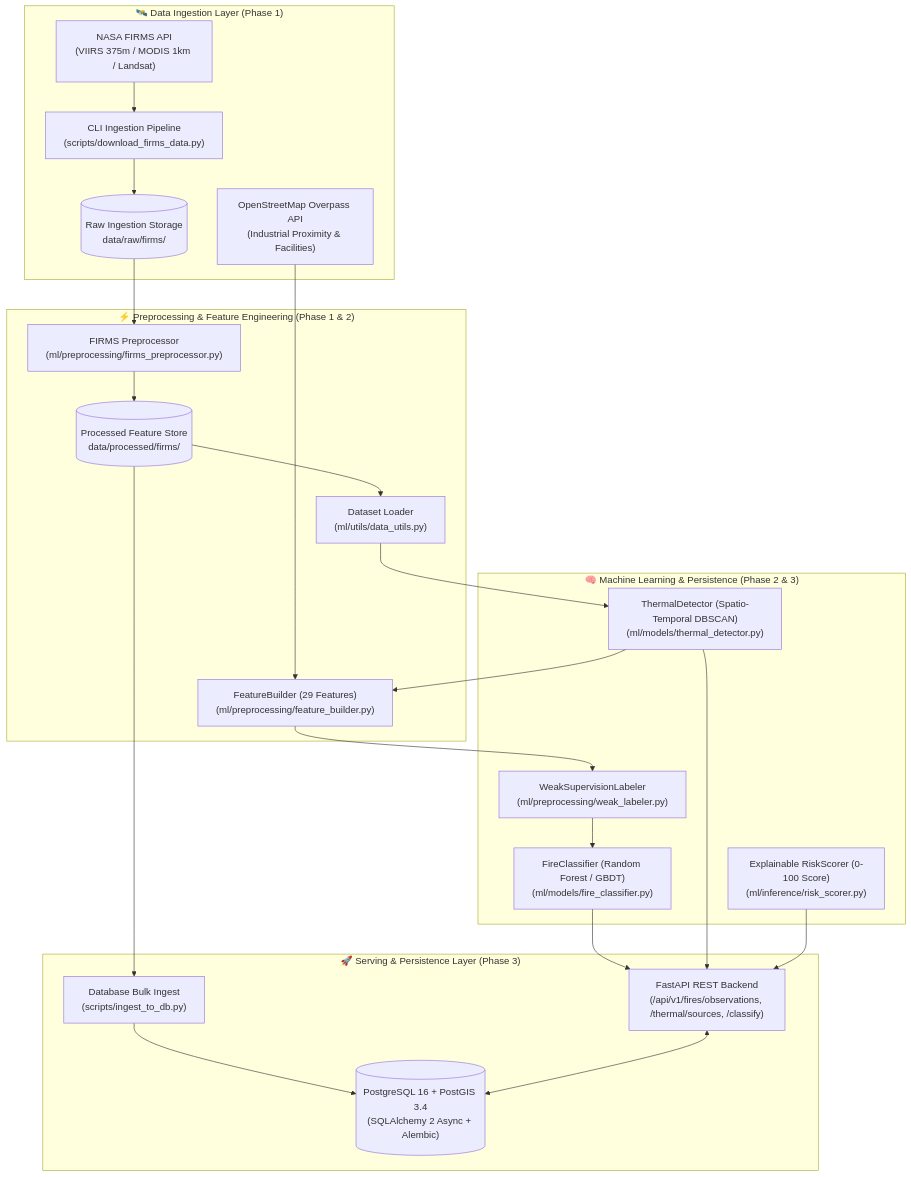
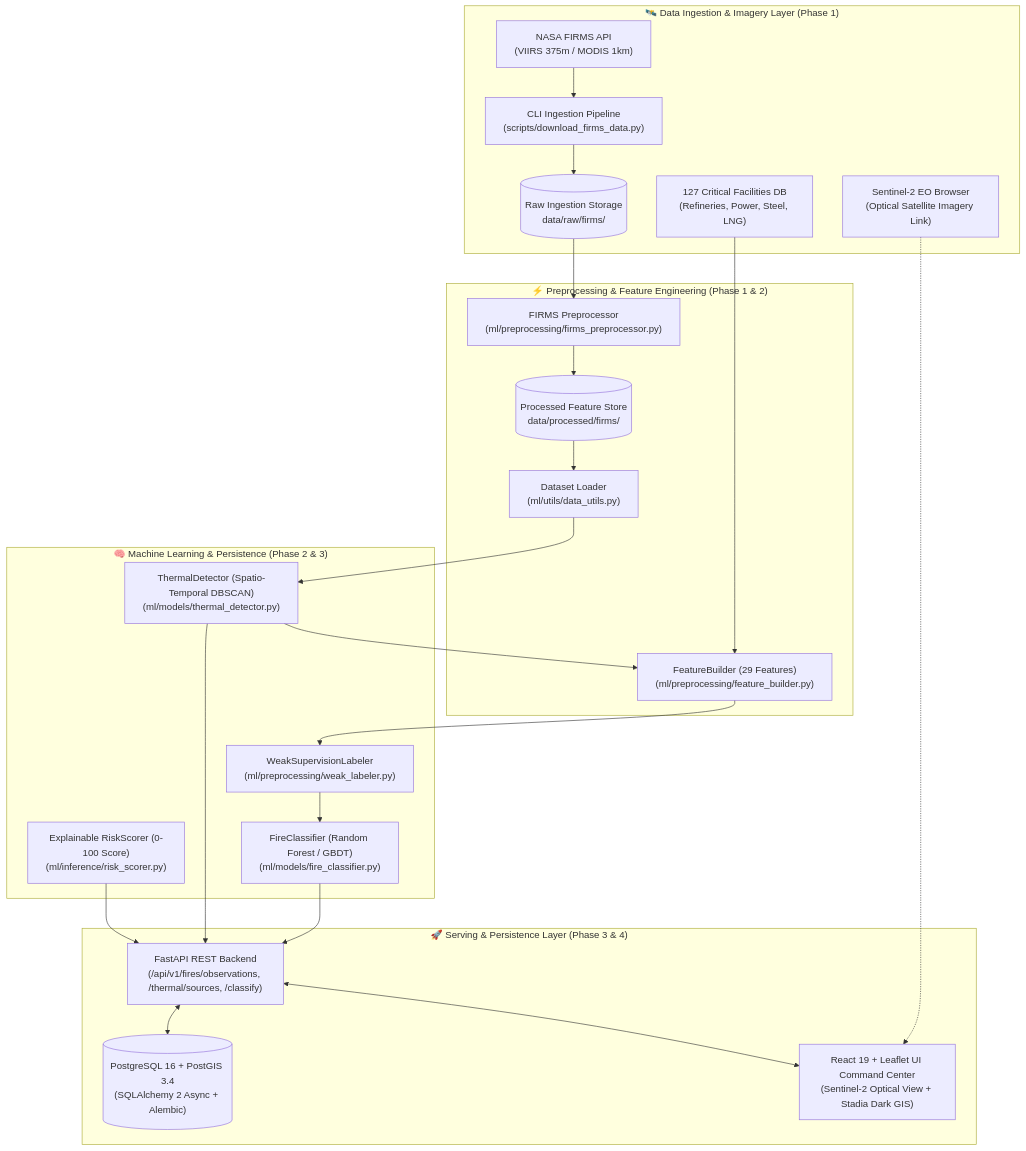
Before and after one commit to AyushPrad2907/AI-Based-Detection-and-Classification-of-Industrial-Fires-and-Persistent-Thermal-Sources: the diagram in SIH26162/README.md, drawn with Mermaid. The commit also changed other lines of this file, not shown here.

Commit message:
docs: update README with 127 industrial facilities, Sentinel-2 optical imagery integration, and updated 50/50 test matrix

````diff
--- a/SIH26162/README.md
+++ b/SIH26162/README.md
@@ -42,39 +43,41 @@
 ```mermaid
 flowchart TB
-    subgraph S1["🛰️ Data Ingestion Layer (Phase 1)"]
-        FIRMS["NASA FIRMS API<br/>(VIIRS 375m / MODIS 1km / Landsat)"]
-        OSM["OpenStreetMap Overpass API<br/>(Industrial Proximity & Facilities)"]
+    subgraph S1["🛰️ Data Ingestion & Imagery Layer (Phase 1)"]
+        FIRMS["NASA FIRMS API<br/>(VIIRS 375m / MODIS 1km)"]
+        SENTINEL["Sentinel-2 EO Browser<br/>(Optical Satellite Imagery Link)"]
+        GAZETTEER["127 Critical Facilities DB<br/>(Refineries, Power, Steel, LNG)"]
         CLI["CLI Ingestion Pipeline<br/>(scripts/download_firms_data.py)"]
         RAW_DB[("Raw Ingestion Storage<br/>data/raw/firms/")]
     end
 
     subgraph S2["⚡ Preprocessing & Feature Engineering (Phase 1 & 2)"]
         PRE["FIRMS Preprocessor<br/>(ml/preprocessing/firms_preprocessor.py)"]
         LOADER["Dataset Loader<br/>(ml/utils/data_utils.py)"]
         FEAT["FeatureBuilder (29 Features)<br/>(ml/preprocessing/feature_builder.py)"]
         PROC_DB[("Processed Feature Store<br/>data/processed/firms/")]
     end
 
     subgraph S3["🧠 Machine Learning & Persistence (Phase 2 & 3)"]
         THERMAL["ThermalDetector (Spatio-Temporal DBSCAN)<br/>(ml/models/thermal_detector.py)"]
         LABELER["WeakSupervisionLabeler<br/>(ml/preprocessing/weak_labeler.py)"]
         CLS["FireClassifier (Random Forest / GBDT)<br/>(ml/models/fire_classifier.py)"]
         RISK["Explainable RiskScorer (0-100 Score)<br/>(ml/inference/risk_scorer.py)"]
     end
 
-    subgraph S4["🚀 Serving & Persistence Layer (Phase 3)"]
+    subgraph S4["🚀 Serving & Persistence Layer (Phase 3 & 4)"]
         FASTAPI["FastAPI REST Backend<br/>(/api/v1/fires/observations, /thermal/sources, /classify)"]
         POSTGIS[("PostgreSQL 16 + PostGIS 3.4<br/>(SQLAlchemy 2 Async + Alembic)")]
-        INGEST["Database Bulk Ingest<br/>(scripts/ingest_to_db.py)"]
+        REACT["React 19 + Leaflet UI Command Center<br/>(Sentinel-2 Optical View + Stadia Dark GIS)"]
     end
 
     FIRMS --> CLI --> RAW_DB --> PRE --> PROC_DB --> LOADER
     LOADER --> THERMAL --> FEAT
-    OSM --> FEAT
+    GAZETTEER --> FEAT
     FEAT --> LABELER --> CLS
     CLS --> FASTAPI
     THERMAL --> FASTAPI
     RISK --> FASTAPI
-    PROC_DB --> INGEST --> POSTGIS
+    SENTINEL -.-> REACT
     FASTAPI <--> POSTGIS
+    FASTAPI <--> REACT
 ```
````
